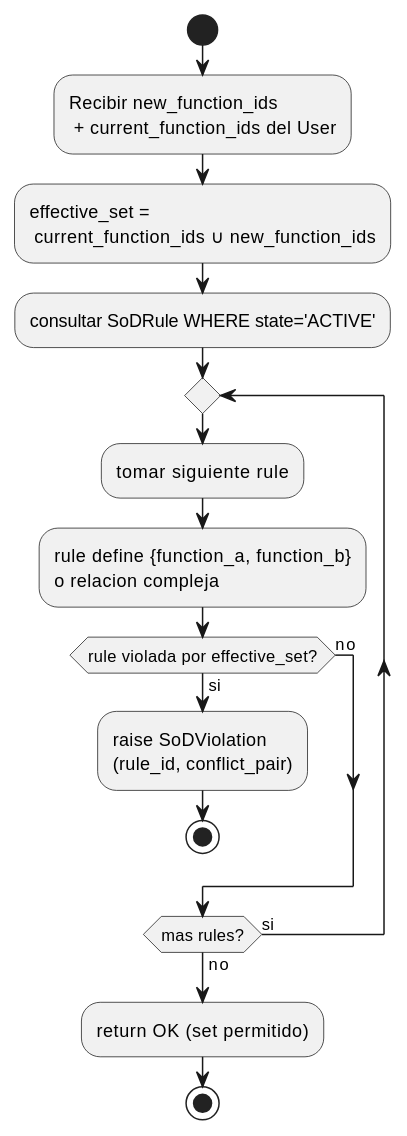
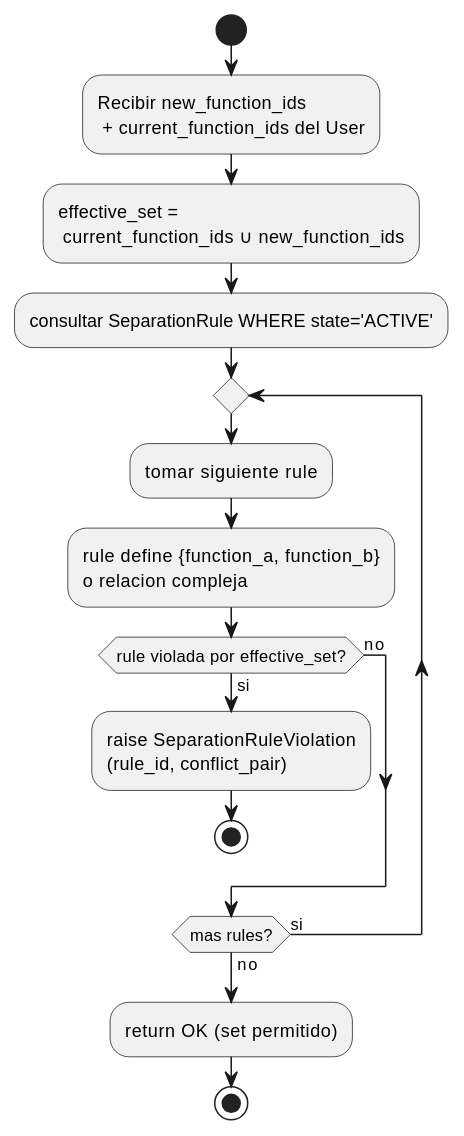
One commit to jcg-admin/IACT-docs changed the diagram in source/requisitos/casos-uso/access/uc-acc-01/diagramas-uml/diagrama-de-validacion-separacion.rst. Above: the diagram before and after it, drawn with PlantUML. The commit also changed other lines of this file and 148 other files, not shown here.

```diff
--- a/source/requisitos/casos-uso/access/uc-acc-01/diagramas-uml/diagrama-de-validacion-separacion.rst
+++ b/source/requisitos/casos-uso/access/uc-acc-01/diagramas-uml/diagrama-de-validacion-separacion.rst
@@ -4,29 +4,29 @@
 .. uml::
- :caption: Logica de validacion SoD (PASO 10)
+ :caption: Logica de validacion de separacion (PASO 10)
 
  @startuml
 
  start
 
  :Recibir new_function_ids
   + current_function_ids del User;
 
  :effective_set =
   current_function_ids ∪ new_function_ids;
 
- :consultar SoDRule WHERE state='ACTIVE';
+ :consultar SeparationRule WHERE state='ACTIVE';
 
  repeat
    :tomar siguiente rule;
    :rule define {function_a, function_b}\no relacion compleja;
    if (rule violada por effective_set?) then (si)
-     :raise SoDViolation\n(rule_id, conflict_pair);
+     :raise SeparationRuleViolation\n(rule_id, conflict_pair);
      stop
    else (no)
    endif
  repeat while (mas rules?) is (si) not (no)
 
  :return OK (set permitido);
  stop
 
  @enduml
```
